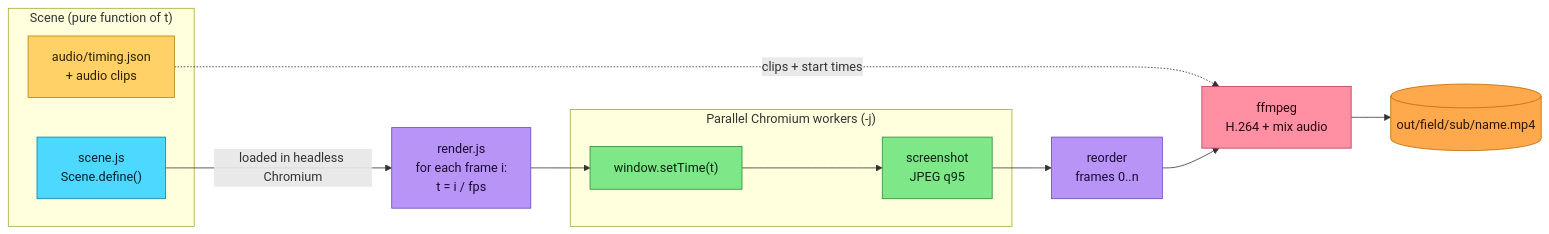
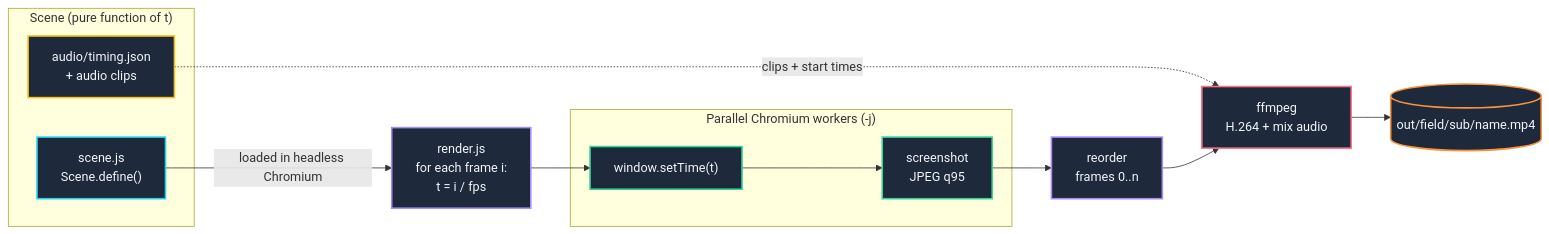
The first of 5 diagrams in README.md (chuongdang/web-animation-to-video), drawn with Mermaid before and after one commit. The commit also changed other lines of this file, not shown here.

Commit message:
[nokey] update diagrams

````diff
--- a/README.md
+++ b/README.md
@@ -11,26 +11,26 @@
 ```mermaid
 flowchart LR
     subgraph scene["Scene (pure function of t)"]
         A["scene.js<br/>Scene.define()"]:::scene
         N["audio/timing.json<br/>+ audio clips"]:::audio
     end
     R["render.js<br/>for each frame i:<br/>t = i / fps"]:::render
     subgraph pool["Parallel Chromium workers (-j)"]
         W1["window.setTime(t)"]:::chrome --> W2["screenshot<br/>JPEG q95"]:::chrome
     end
     O["reorder<br/>frames 0..n"]:::render
     F["ffmpeg<br/>H.264 + mix audio"]:::ffmpeg
     M[("out/field/sub/name.mp4")]:::out
 
     A -->|loaded in headless Chromium| R
     N -.->|clips + start times| F
     R --> W1
     W2 --> O --> F --> M
 
-    classDef scene fill:#4dd8ff,stroke:#0a7ea4,color:#06202b
-    classDef audio fill:#ffd166,stroke:#b8860b,color:#2b2100
-    classDef render fill:#b794f6,stroke:#6b46c1,color:#1a0b33
-    classDef chrome fill:#7ee787,stroke:#2e8b3d,color:#08240f
-    classDef ffmpeg fill:#ff8fa3,stroke:#c0364f,color:#2b0610
-    classDef out fill:#ffa94d,stroke:#c26a00,color:#2b1600
+    classDef scene fill:#1e293b,stroke:#22d3ee,stroke-width:2px,color:#f1f5f9
+    classDef audio fill:#1e293b,stroke:#fbbf24,stroke-width:2px,color:#f1f5f9
+    classDef render fill:#1e293b,stroke:#a78bfa,stroke-width:2px,color:#f1f5f9
+    classDef chrome fill:#1e293b,stroke:#34d399,stroke-width:2px,color:#f1f5f9
+    classDef ffmpeg fill:#1e293b,stroke:#fb7185,stroke-width:2px,color:#f1f5f9
+    classDef out fill:#1e293b,stroke:#fb923c,stroke-width:2px,color:#f1f5f9
 ```
````
